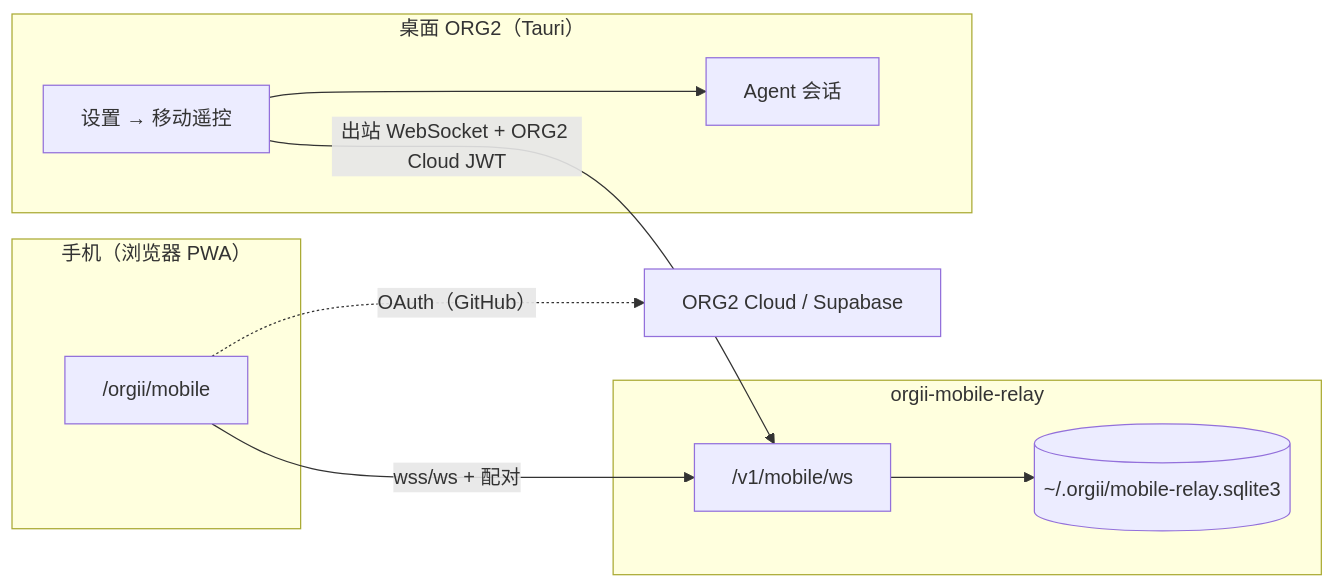
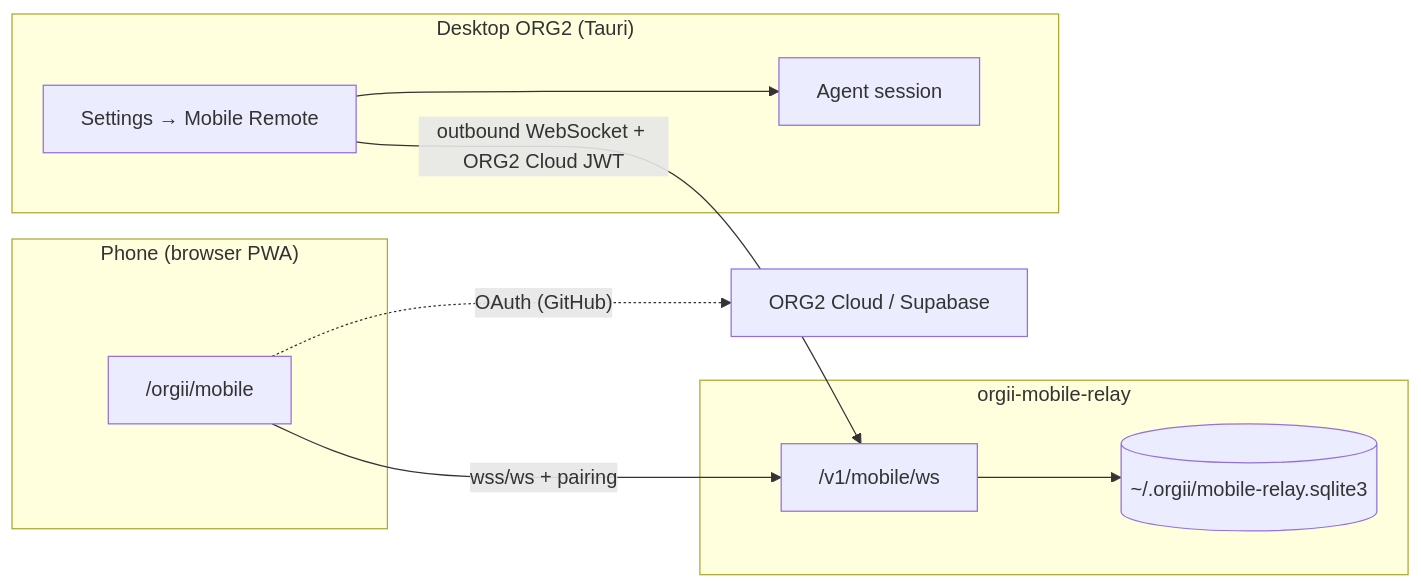
One commit to org2AI/ORG2 changed the diagram in docs/mobile-remote-dev-prod-guide.md. Above: the diagram before and after it, drawn with Mermaid. The commit also changed other lines of this file and 53 other files, not shown here.

````diff
--- a/docs/mobile-remote-dev-prod-guide.md
+++ b/docs/mobile-remote-dev-prod-guide.md
@@ -13,22 +15,22 @@
 ```mermaid
 flowchart LR
-  subgraph phone["手机（浏览器 PWA）"]
+  subgraph phone["Phone (browser PWA)"]
     PWA["/orgii/mobile"]
   end
 
   subgraph relay["orgii-mobile-relay"]
     WS["/v1/mobile/ws"]
     DB[("~/.orgii/mobile-relay.sqlite3")]
   end
 
-  subgraph desktop["桌面 ORG2（Tauri）"]
-  Settings["设置 → 移动遥控"]
-  Agent["Agent 会话"]
+  subgraph desktop["Desktop ORG2 (Tauri)"]
+  Settings["Settings → Mobile Remote"]
+  Agent["Agent session"]
   end
 
-  PWA -->|"wss/ws + 配对"| WS
-  Settings -->|"出站 WebSocket + ORG2 Cloud JWT"| WS
+  PWA -->|"wss/ws + pairing"| WS
+  Settings -->|"outbound WebSocket + ORG2 Cloud JWT"| WS
   WS --> DB
   Settings --> Agent
-  PWA -.->|"OAuth（GitHub）"| Cloud["ORG2 Cloud / Supabase"]
+  PWA -.->|"OAuth (GitHub)"| Cloud["ORG2 Cloud / Supabase"]
 ```
````
